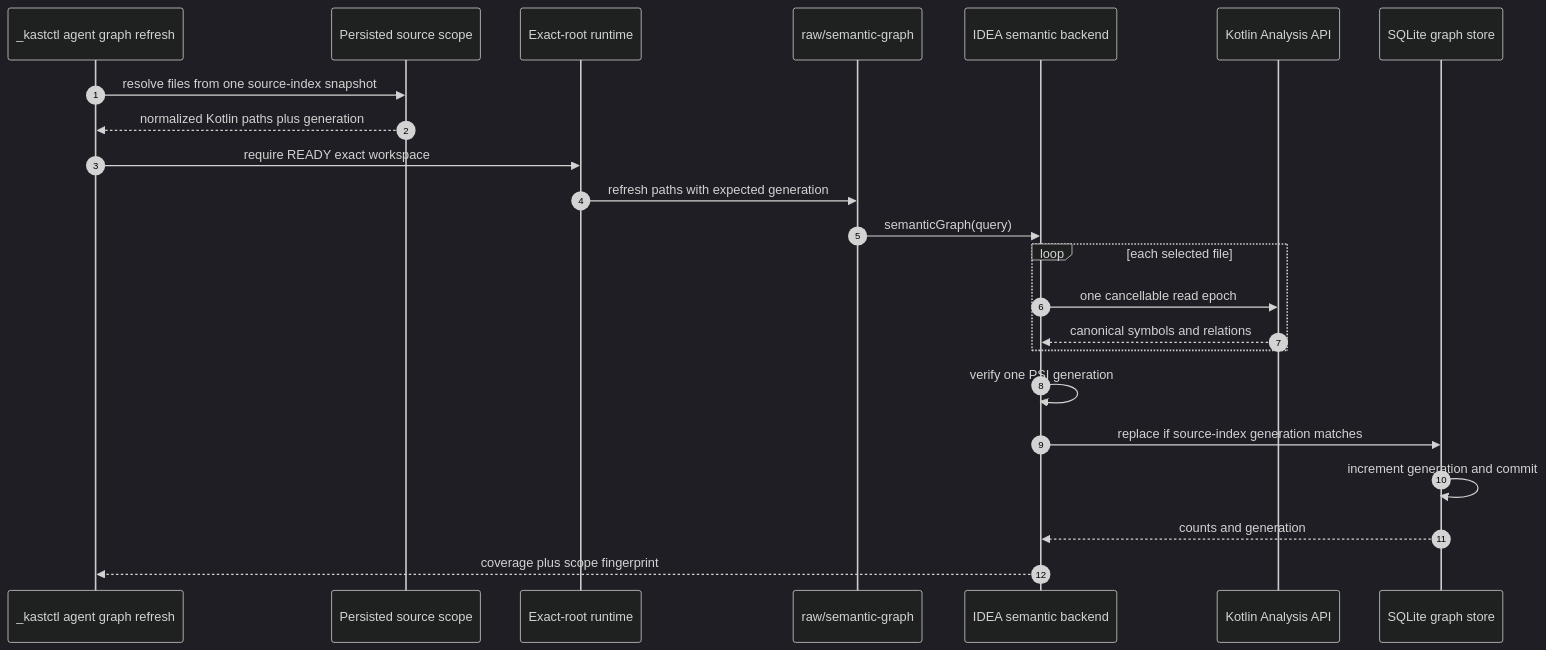
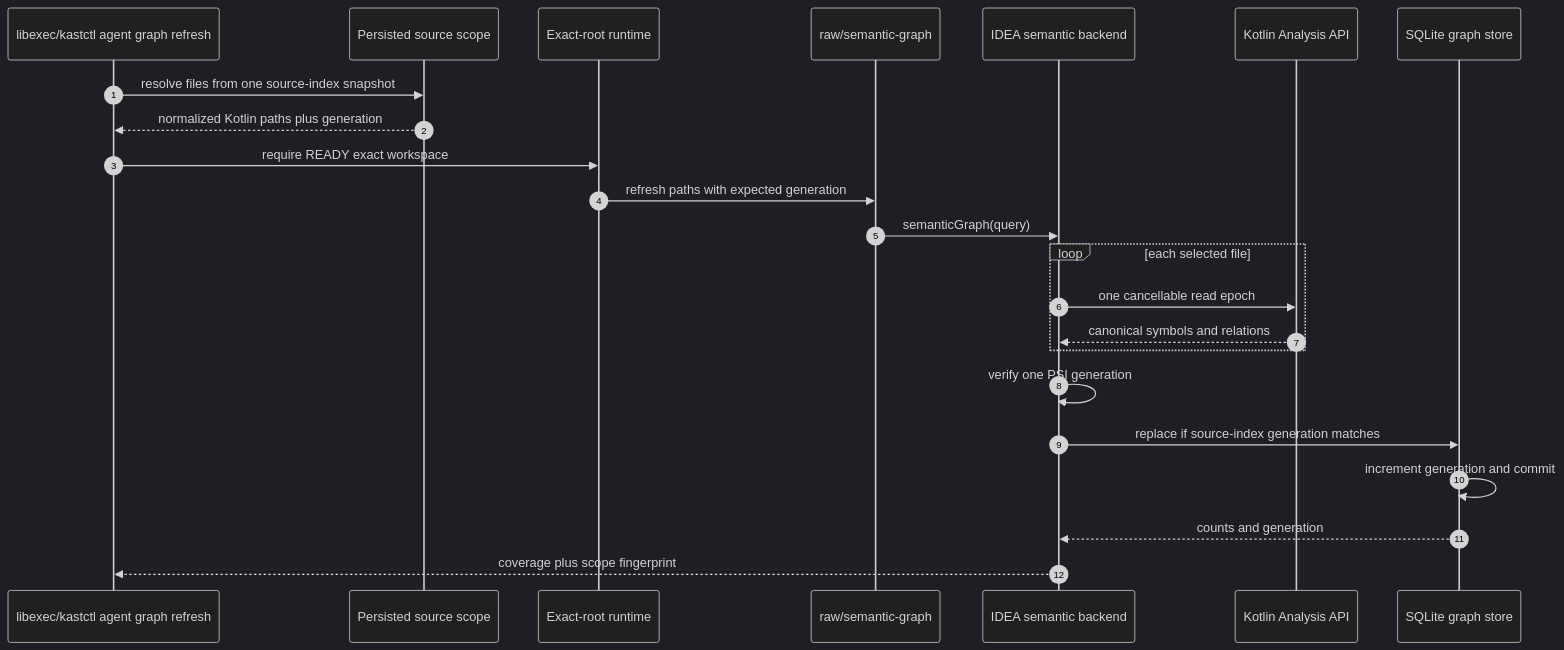
One commit to amichne/kast changed the second of 2 diagrams in docs/internal/idea-integration/flows/graph-queries.md. Above: the diagram before and after it, drawn with Mermaid (dark theme). The commit also changed 66 other files, not shown here.

````diff
--- a/docs/internal/idea-integration/flows/graph-queries.md
+++ b/docs/internal/idea-integration/flows/graph-queries.md
@@ -80,26 +80,26 @@
 ```mermaid
 sequenceDiagram
     autonumber
-    participant CLI as _kastctl agent graph refresh
+    participant CLI as libexec/kastctl agent graph refresh
     participant Scope as Persisted source scope
     participant Runtime as Exact-root runtime
     participant RPC as raw/semantic-graph
     participant IDEA as IDEA semantic backend
     participant Compiler as Kotlin Analysis API
     participant Store as SQLite graph store
 
     CLI->>Scope: resolve files from one source-index snapshot
     Scope-->>CLI: normalized Kotlin paths plus generation
     CLI->>Runtime: require READY exact workspace
     Runtime->>RPC: refresh paths with expected generation
     RPC->>IDEA: semanticGraph(query)
     loop each selected file
         IDEA->>Compiler: one cancellable read epoch
         Compiler-->>IDEA: canonical symbols and relations
     end
     IDEA->>IDEA: verify one PSI generation
     IDEA->>Store: replace if source-index generation matches
     Store->>Store: increment generation and commit
     Store-->>IDEA: counts and generation
     IDEA-->>CLI: coverage plus scope fingerprint
 ```
````
